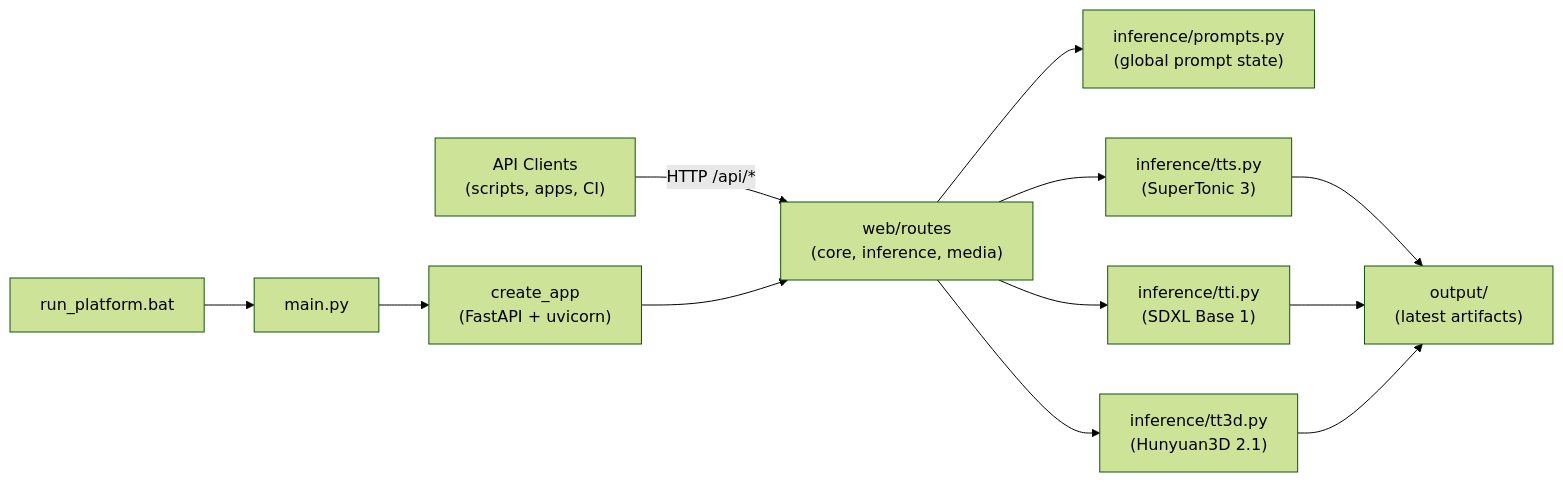
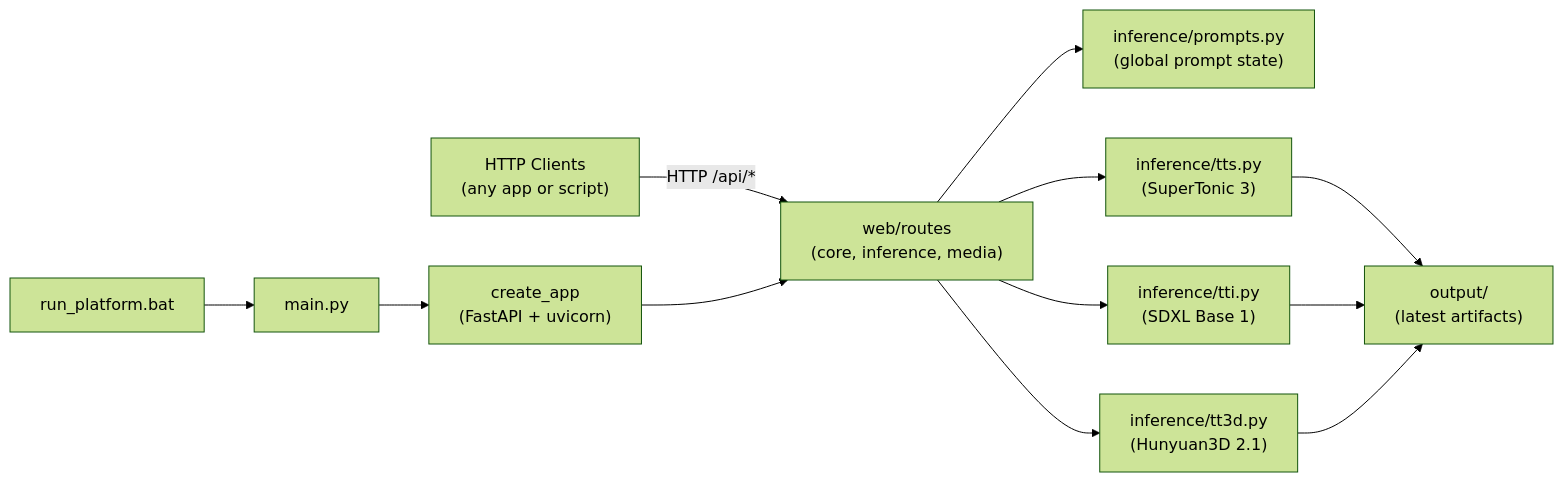
The first of 2 diagrams in README.md (vecnode/agent-sequencer-app), drawn with Mermaid (forest theme) before and after one commit. The commit also changed other lines of this file and 9 other files, not shown here.

````diff
--- a/README.md
+++ b/README.md
@@ -13,25 +13,25 @@
 ```mermaid
 flowchart LR
-    Client["API Clients\n(scripts, apps, CI)"]
+    Client["HTTP Clients\n(any app or script)"]
     Launcher["run_platform.bat"]
     Main["main.py"]
     App["create_app\n(FastAPI + uvicorn)"]
     Routes["web/routes\n(core, inference, media)"]
     Prompts["inference/prompts.py\n(global prompt state)"]
     TTS["inference/tts.py\n(SuperTonic 3)"]
     TTI["inference/tti.py\n(SDXL Base 1)"]
     TT3D["inference/tt3d.py\n(Hunyuan3D 2.1)"]
     Output["output/\n(latest artifacts)"]
 
     Launcher --> Main
     Main --> App
     Client -->|"HTTP /api/*"| Routes
     App --> Routes
     Routes --> Prompts
     Routes --> TTS
     Routes --> TTI
     Routes --> TT3D
     TTS --> Output
     TTI --> Output
     TT3D --> Output
 ```
````
